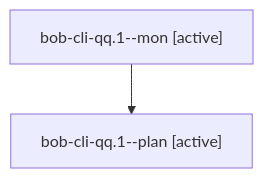
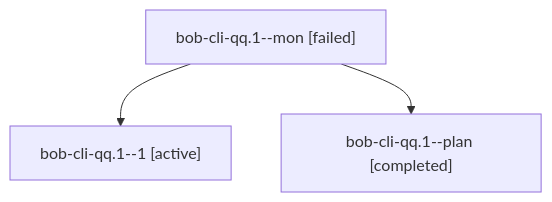
Before and after one commit to bobs-org/bob-cli--agents: the diagram in sessions/bbugyi200.apollo.bob-cli-qq.1.md, drawn with Mermaid. The commit also changed other lines of this file and 34 other files, not shown here.

````diff
--- a/sessions/bbugyi200.apollo.bob-cli-qq.1.md
+++ b/sessions/bbugyi200.apollo.bob-cli-qq.1.md
@@ -9,6 +9,8 @@
 ```mermaid
 flowchart TD
-  n0["bob-cli-qq.1--mon [active]"]
-  n1["bob-cli-qq.1--plan [active]"]
+  n0["bob-cli-qq.1--mon [failed]"]
+  n1["bob-cli-qq.1--1 [active]"]
   n0 --> n1
+  n2["bob-cli-qq.1--plan [completed]"]
+  n0 --> n2
 ```
````
